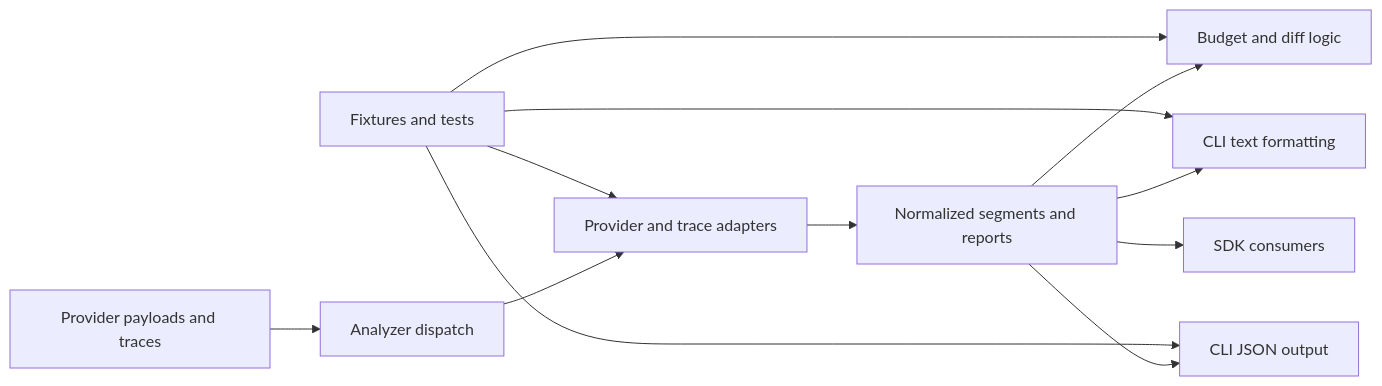
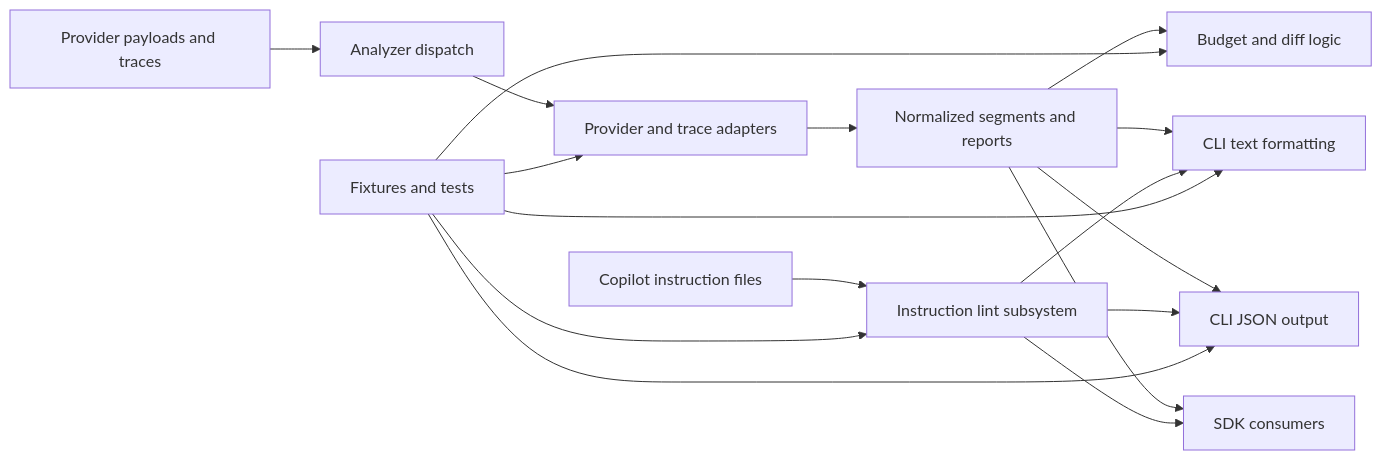
One commit to mahenarayan/tokn changed the diagram in docs/architecture.md. Above: the diagram before and after it, drawn with Mermaid. The commit also changed other lines of this file and 40 other files, not shown here.

````diff
--- a/docs/architecture.md
+++ b/docs/architecture.md
@@ -18,14 +18,19 @@
 ```mermaid
 flowchart LR
   A["Provider payloads and traces"] --> B["Analyzer dispatch"]
   B --> C["Provider and trace adapters"]
   C --> D["Normalized segments and reports"]
   D --> E["Budget and diff logic"]
   D --> F["CLI text formatting"]
   D --> G["CLI JSON output"]
   D --> H["SDK consumers"]
+  J["Copilot instruction files"] --> K["Instruction lint subsystem"]
+  K --> F
+  K --> G
+  K --> H
   I["Fixtures and tests"] --> C
   I --> E
   I --> F
   I --> G
+  I --> K
 ```
````
